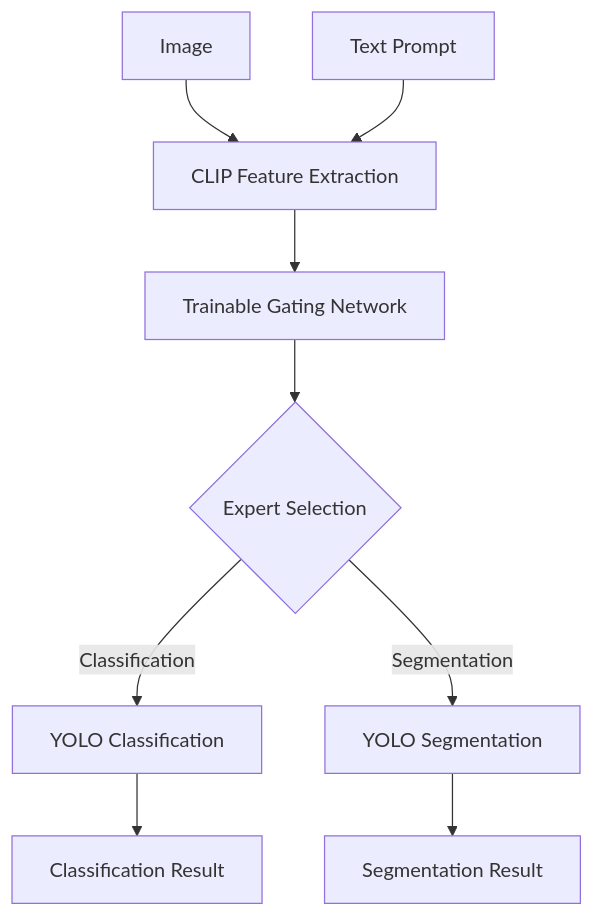
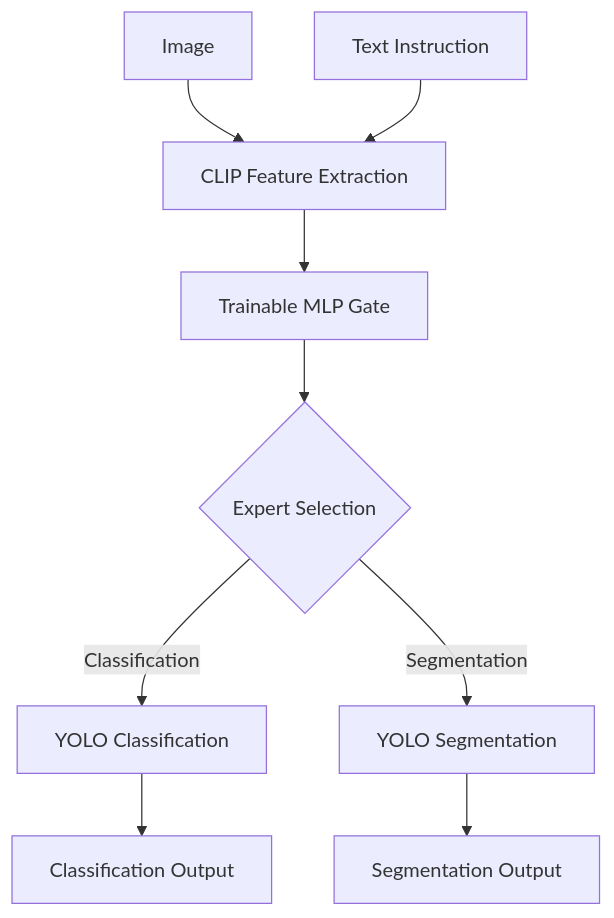
One commit to christymanthara/MoE-cls-seg changed the second of 4 diagrams in README.md. Above: the diagram before and after it, drawn with Mermaid. The commit also changed other lines of this file and 1 other file, not shown here.

````diff
--- a/README.md
+++ b/README.md
@@ -66,11 +80,11 @@
 ```mermaid
 flowchart TD
     A[Image] --> C[CLIP Feature Extraction]
-    B[Text Prompt] --> C
-    C --> D[Trainable Gating Network]
+    B[Text Instruction] --> C
+    C --> D[Trainable MLP Gate]
     D --> E{Expert Selection}
     E -->|Classification| F[YOLO Classification]
     E -->|Segmentation| G[YOLO Segmentation]
-    F --> H[Classification Result]
-    G --> I[Segmentation Result]
+    F --> H[Classification Output]
+    G --> I[Segmentation Output]
 ```
````
